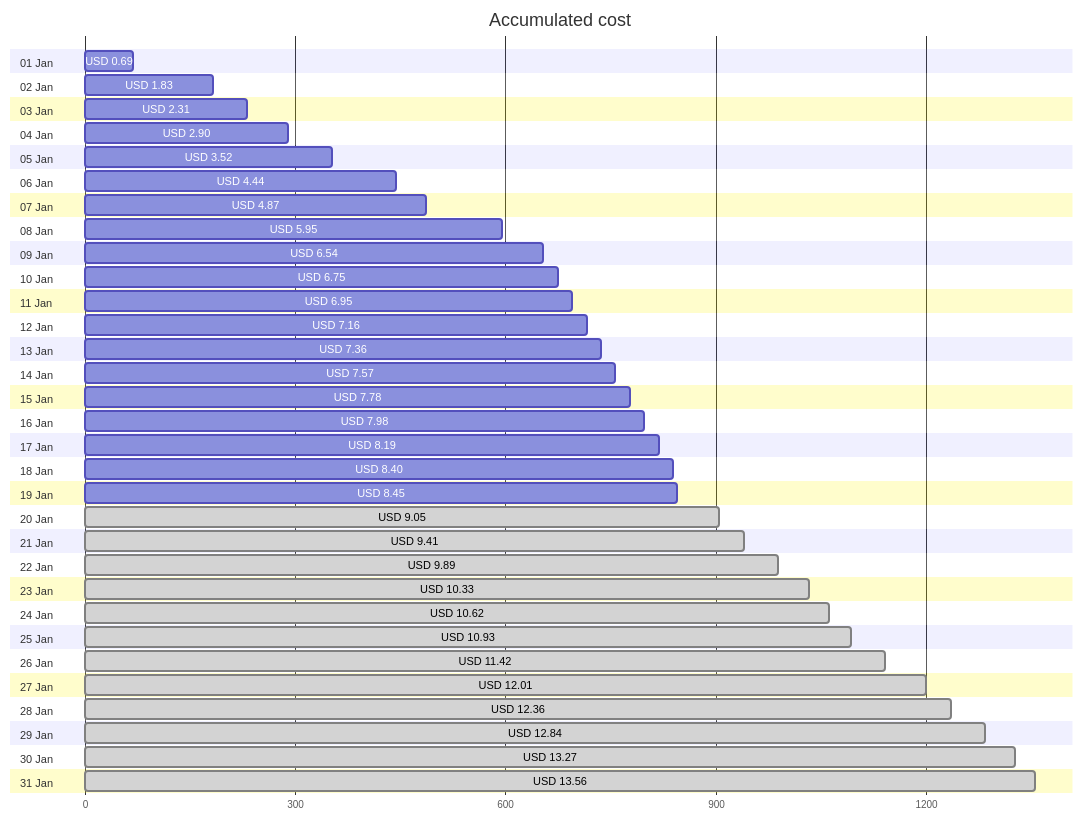
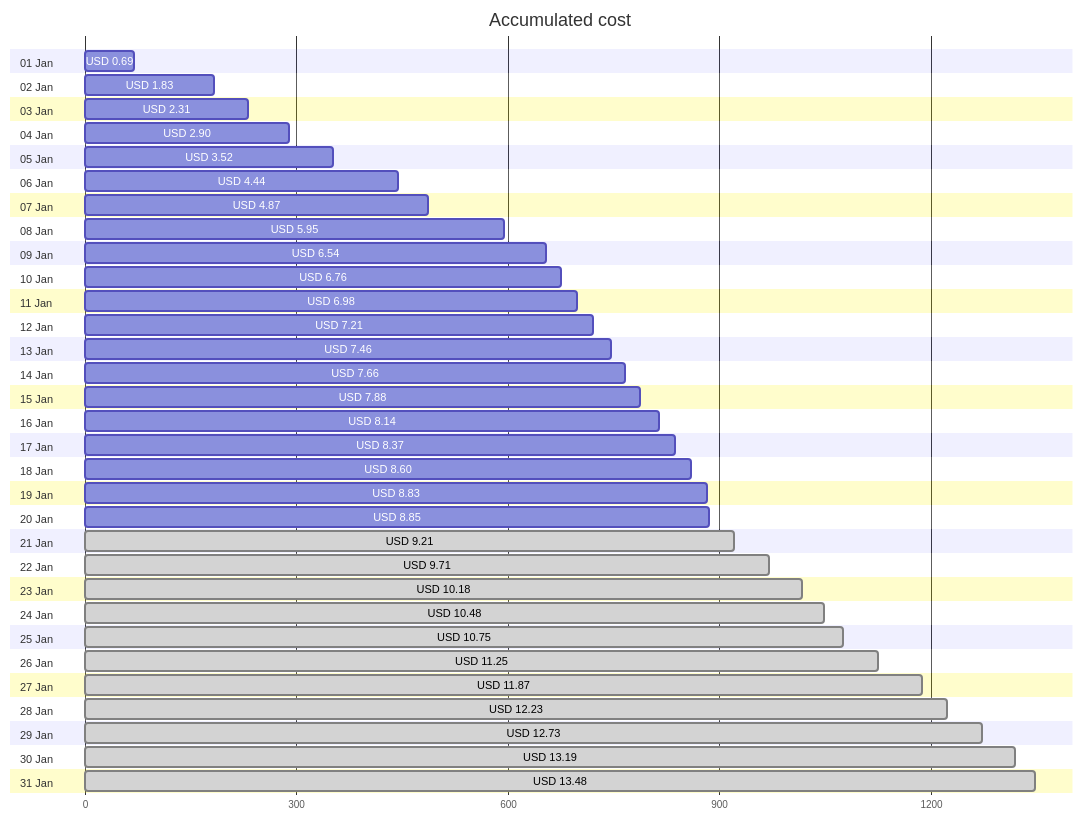
One commit to jpfulton/azure-personal-reports changed the first of 4 diagrams in cost-reports/personal-network/vpn-server.md. Above: the diagram before and after it, drawn with Mermaid. The commit also changed other lines of this file and 7 other files, not shown here.

````diff
--- a/cost-reports/personal-network/vpn-server.md
+++ b/cost-reports/personal-network/vpn-server.md
@@ -20,68 +20,68 @@
 ```mermaid
 gantt
    title Accumulated cost
    dateFormat  X
    axisFormat %s
    section 01 Jan
    USD 0.69 :0, 69
    section 02 Jan
    USD 1.83 :0, 183
    section 03 Jan
    USD 2.31 :0, 231
    section 04 Jan
    USD 2.90 :0, 290
    section 05 Jan
    USD 3.52 :0, 352
    section 06 Jan
    USD 4.44 :0, 444
    section 07 Jan
    USD 4.87 :0, 487
    section 08 Jan
    USD 5.95 :0, 595
    section 09 Jan
    USD 6.54 :0, 654
    section 10 Jan
-   USD 6.75 :0, 675
+   USD 6.76 :0, 676
    section 11 Jan
-   USD 6.95 :0, 695
+   USD 6.98 :0, 698
    section 12 Jan
-   USD 7.16 :0, 716
+   USD 7.21 :0, 721
    section 13 Jan
-   USD 7.36 :0, 736
+   USD 7.46 :0, 746
    section 14 Jan
-   USD 7.57 :0, 757
+   USD 7.66 :0, 766
    section 15 Jan
-   USD 7.78 :0, 778
+   USD 7.88 :0, 788
    section 16 Jan
-   USD 7.98 :0, 798
+   USD 8.14 :0, 814
    section 17 Jan
-   USD 8.19 :0, 819
+   USD 8.37 :0, 837
    section 18 Jan
-   USD 8.40 :0, 840
+   USD 8.60 :0, 860
    section 19 Jan
-   USD 8.45 :0, 845
+   USD 8.83 :0, 883
    section 20 Jan
-   USD 9.05 : done, 0, 905
+   USD 8.85 :0, 885
    section 21 Jan
-   USD 9.41 : done, 0, 941
+   USD 9.21 : done, 0, 921
    section 22 Jan
-   USD 9.89 : done, 0, 989
+   USD 9.71 : done, 0, 971
    section 23 Jan
-   USD 10.33 : done, 0, 1033
+   USD 10.18 : done, 0, 1018
    section 24 Jan
-   USD 10.62 : done, 0, 1062
+   USD 10.48 : done, 0, 1048
    section 25 Jan
-   USD 10.93 : done, 0, 1093
+   USD 10.75 : done, 0, 1075
    section 26 Jan
-   USD 11.42 : done, 0, 1142
+   USD 11.25 : done, 0, 1125
    section 27 Jan
-   USD 12.01 : done, 0, 1201
+   USD 11.87 : done, 0, 1187
    section 28 Jan
-   USD 12.36 : done, 0, 1236
+   USD 12.23 : done, 0, 1223
    section 29 Jan
-   USD 12.84 : done, 0, 1284
+   USD 12.73 : done, 0, 1273
    section 30 Jan
-   USD 13.27 : done, 0, 1327
+   USD 13.19 : done, 0, 1319
    section 31 Jan
-   USD 13.56 : done, 0, 1356
+   USD 13.48 : done, 0, 1348
 ```
````
